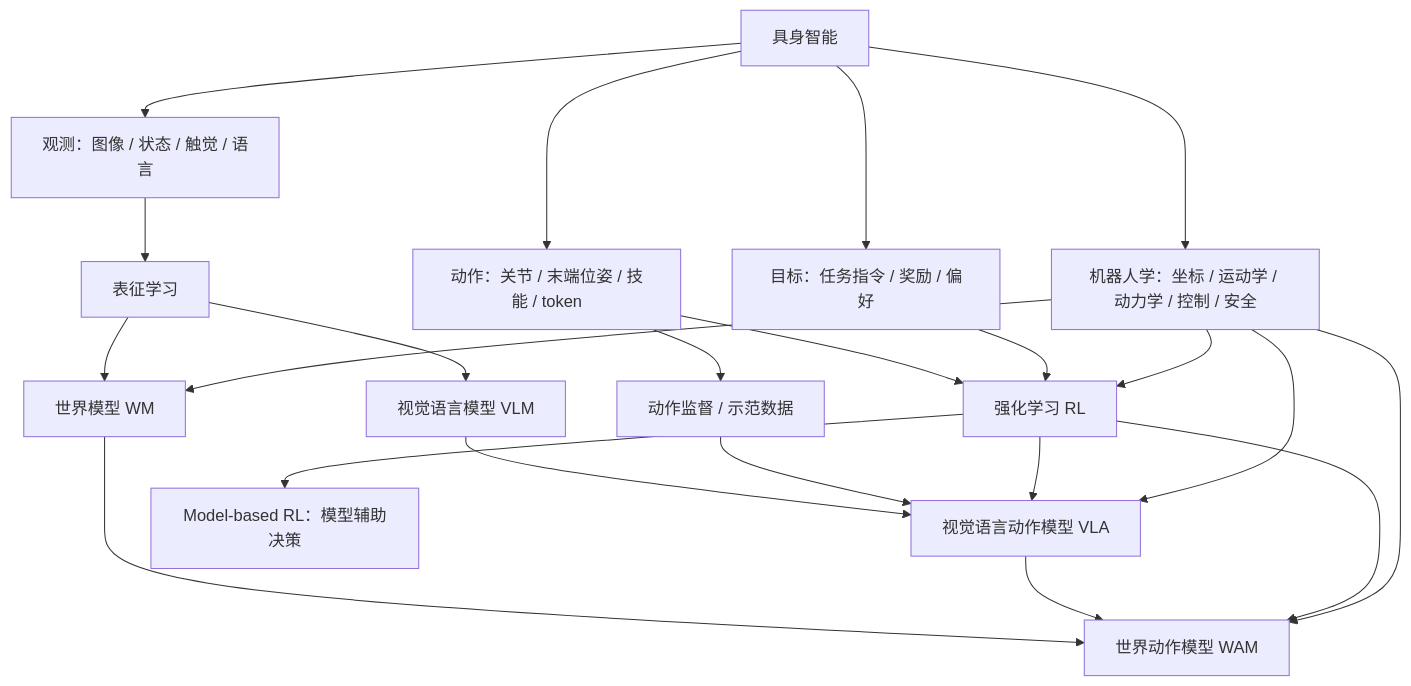
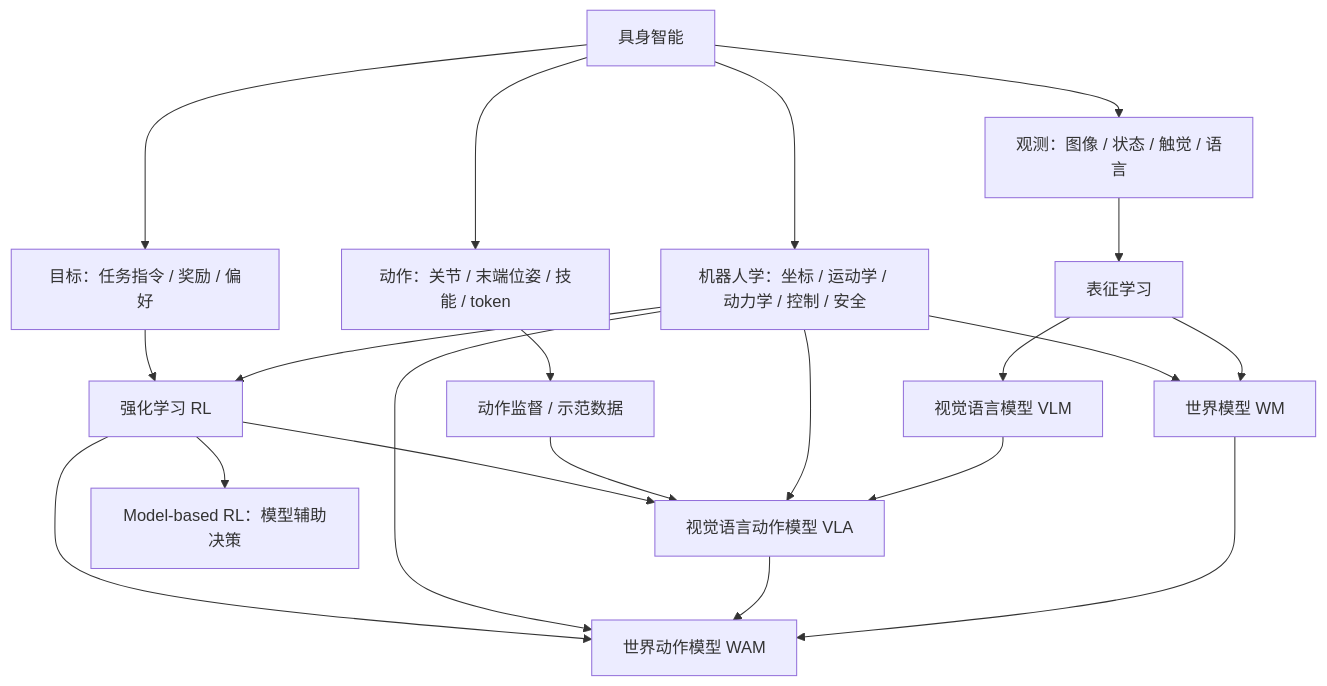
Before and after one commit to Faraday-2024/Embodied-AI-Start: the second of 8 diagrams in docs/knowledge-map.md, drawn with Mermaid.

Commit message:
Modify ROB relationships in knowledge-map.md
Updated relationships for ROB in the knowledge map.

````diff
--- a/docs/knowledge-map.md
+++ b/docs/knowledge-map.md
@@ -27,28 +27,28 @@
 ```mermaid
 flowchart TD
     ROOT["具身智能"] --> OBS["观测：图像 / 状态 / 触觉 / 语言"]
     ROOT --> ROB["机器人学：坐标 / 运动学 / 动力学 / 控制 / 安全"]
     ROOT --> ACT["动作：关节 / 末端位姿 / 技能 / token"]
     ROOT --> OBJ["目标：任务指令 / 奖励 / 偏好"]
 
     OBS --> REP["表征学习"]
     REP --> VLM["视觉语言模型 VLM"]
     REP --> WM["世界模型 WM"]
 
     VLM --> VLA["视觉语言动作模型 VLA"]
     WM --> WAM["世界动作模型 WAM"]
     VLA --> WAM
 
-    ACT --> RL["强化学习 RL"]
+    ROB --> WM
+    ROB --> VLA
+    ROB --> WAM
+    ROB --> RL["强化学习 RL"]
+
     ACT --> SUP["动作监督 / 示范数据"]
     OBJ --> RL
     RL --> MBRL["Model-based RL：模型辅助决策"]
 
     SUP --> VLA
     RL --> VLA
     RL --> WAM
-    ROB --> WM
-    ROB --> VLA
-    ROB --> WAM
-    ROB --> RL
 ```
````
